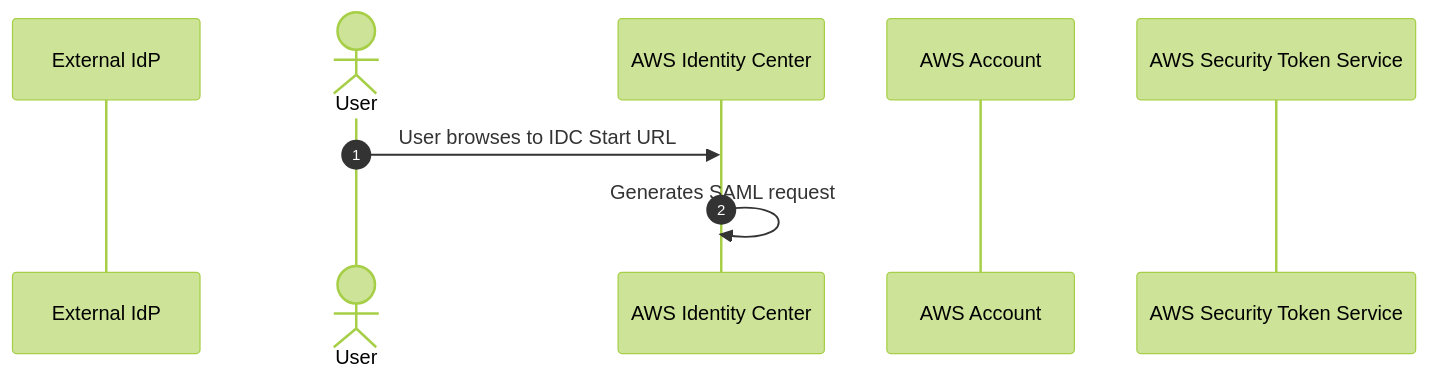
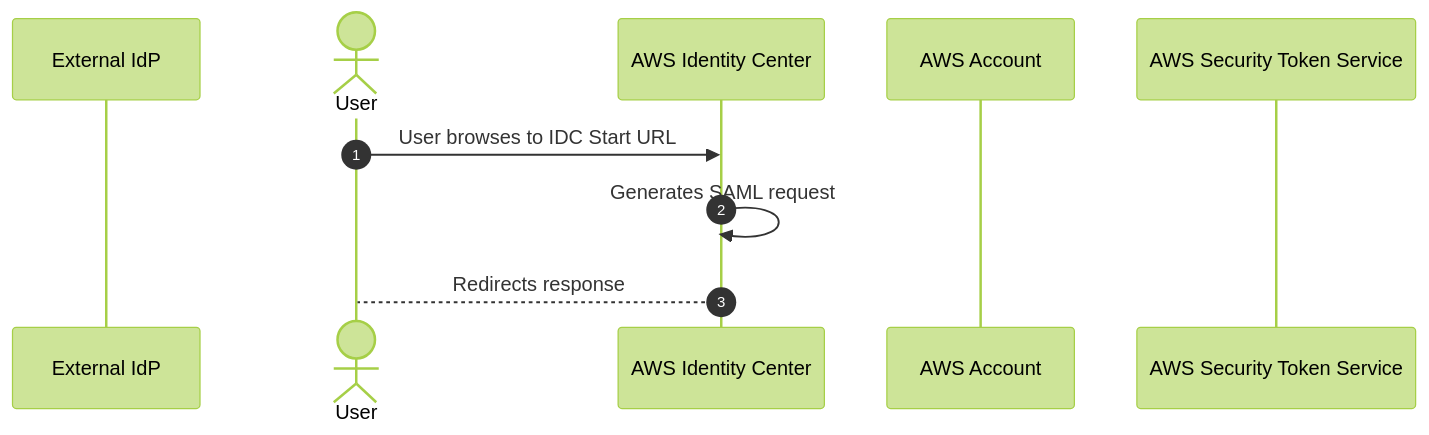
One commit to keshavbaweja-git/workshops changed the diagram in identity-center/flow.md. Above: the diagram before and after it, drawn with Mermaid (forest theme).

Commit message:
Identity Center

````diff
--- a/identity-center/flow.md
+++ b/identity-center/flow.md
@@ -1,11 +1,12 @@
 ```mermaid
 sequenceDiagram
     participant eidp as External IdP
     actor user as User
     participant idc as AWS Identity Center
     participant account as AWS Account
     participant sts as AWS Security Token Service
     autonumber
     user->>idc: User browses to IDC Start URL
     idc->>idc: Generates SAML request
+    idc-->user: Redirects response
 ```
````
